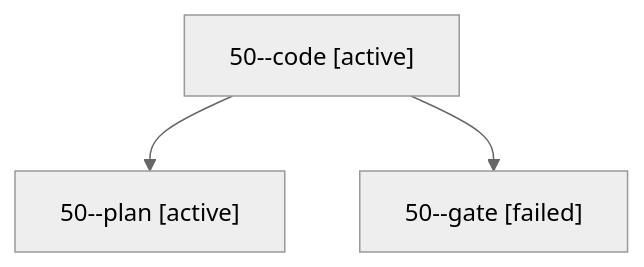
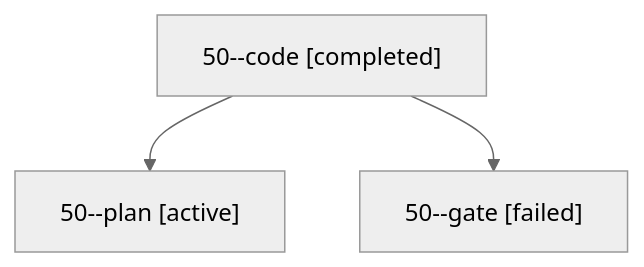
The diagram in sessions/bbugyi200.apollo.50.md (sase-org/sase--agents), drawn with Mermaid (neutral theme) before and after one commit. The commit also changed other lines of this file and 21 other files, not shown here.

````diff
--- a/sessions/bbugyi200.apollo.50.md
+++ b/sessions/bbugyi200.apollo.50.md
@@ -9,8 +9,8 @@
 ```mermaid
 flowchart TD
-  n0["50--code [active]"]
+  n0["50--code [completed]"]
   n1["50--plan [active]"]
   n0 --> n1
   n2["50--gate [failed]"]
   n0 --> n2
 ```
````
